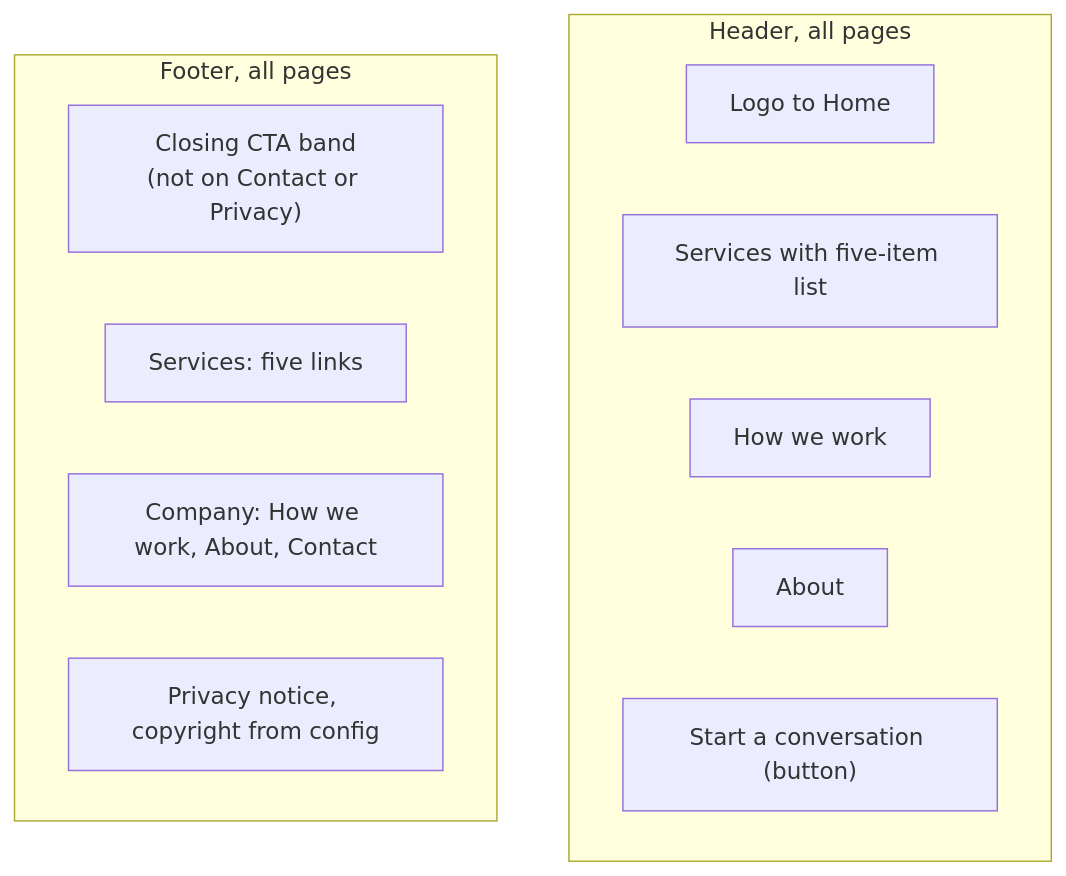
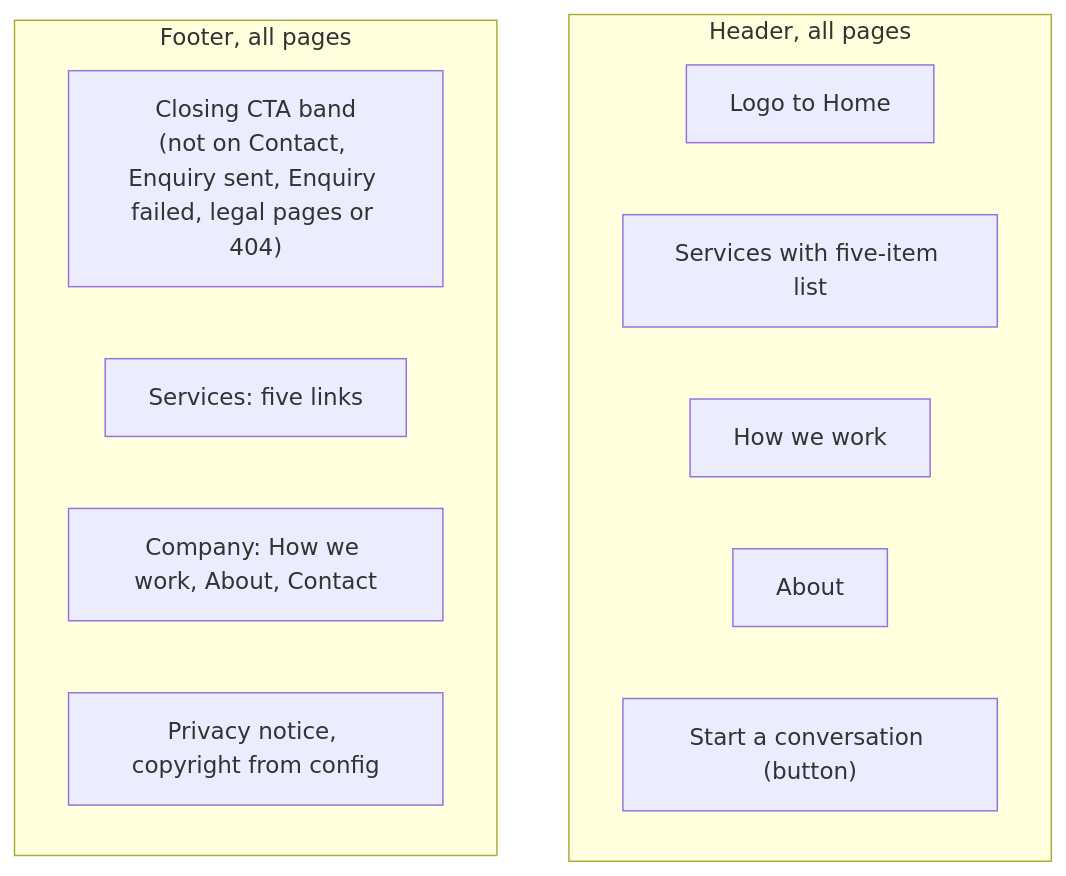
One commit to clockvane/website changed the fifth of 5 diagrams in docs/design/user-flows.md. Above: the diagram before and after it, drawn with Mermaid. The commit also changed other lines of this file and 1 other file, not shown here.

````diff
--- a/docs/design/user-flows.md
+++ b/docs/design/user-flows.md
@@ -77,16 +81,16 @@
 ```mermaid
 flowchart TD
   subgraph HDR["Header, all pages"]
     h1["Logo to Home"]
     h2["Services with five-item list"]
     h3["How we work"]
     h4["About"]
     h5["Start a conversation (button)"]
   end
   subgraph FTR["Footer, all pages"]
-    f0["Closing CTA band<br/>(not on Contact or Privacy)"]
+    f0["Closing CTA band<br/>(not on Contact, Enquiry sent, Enquiry failed, legal pages or 404)"]
     f1["Services: five links"]
     f2["Company: How we work, About, Contact"]
     f3["Privacy notice, copyright from config"]
   end
 ```
````
